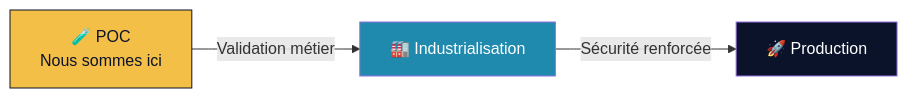
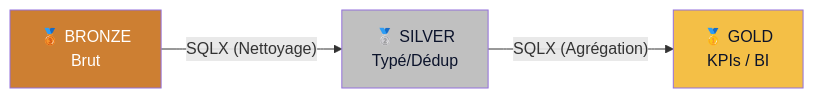
The diagram in docs/ATELIER_01_ARCHITECTURE.md (maxencenho-cloud/data-platform-runbook), drawn with Mermaid before and after one commit. The commit also changed other lines of this file, not shown here.

Commit message:
chore: update gitignore for baseline files and truncate architectural documentation

````diff
--- a/docs/ATELIER_01_ARCHITECTURE.md
+++ b/docs/ATELIER_01_ARCHITECTURE.md
@@ -602,9 +75,9 @@
 ```mermaid
 graph LR
-    POC["🧪 POC<br/>Nous sommes ici"] -->|"Validation métier"| IND["🏭 Industrialisation"]
-    IND -->|"Sécurité renforcée"| PROD["🚀 Production"]
+    B["🥉 BRONZE<br/>Brut"] -->|"SQLX (Nettoyage)"| S["🥈 SILVER<br/>Typé/Dédup"]
+    S -->|"SQLX (Agrégation)"| G["🥇 GOLD<br/>KPIs / BI"]
     
-    style POC fill:#F4BF46,color:#0b132b,stroke:#0b132b
-    style IND fill:#208AAE,color:#fff
-    style PROD fill:#0b132b,color:#fff
+    style B fill:#cd7f32,color:#fff
+    style S fill:#c0c0c0,color:#0b132b
+    style G fill:#F4BF46,color:#0b132b
 ```
````
